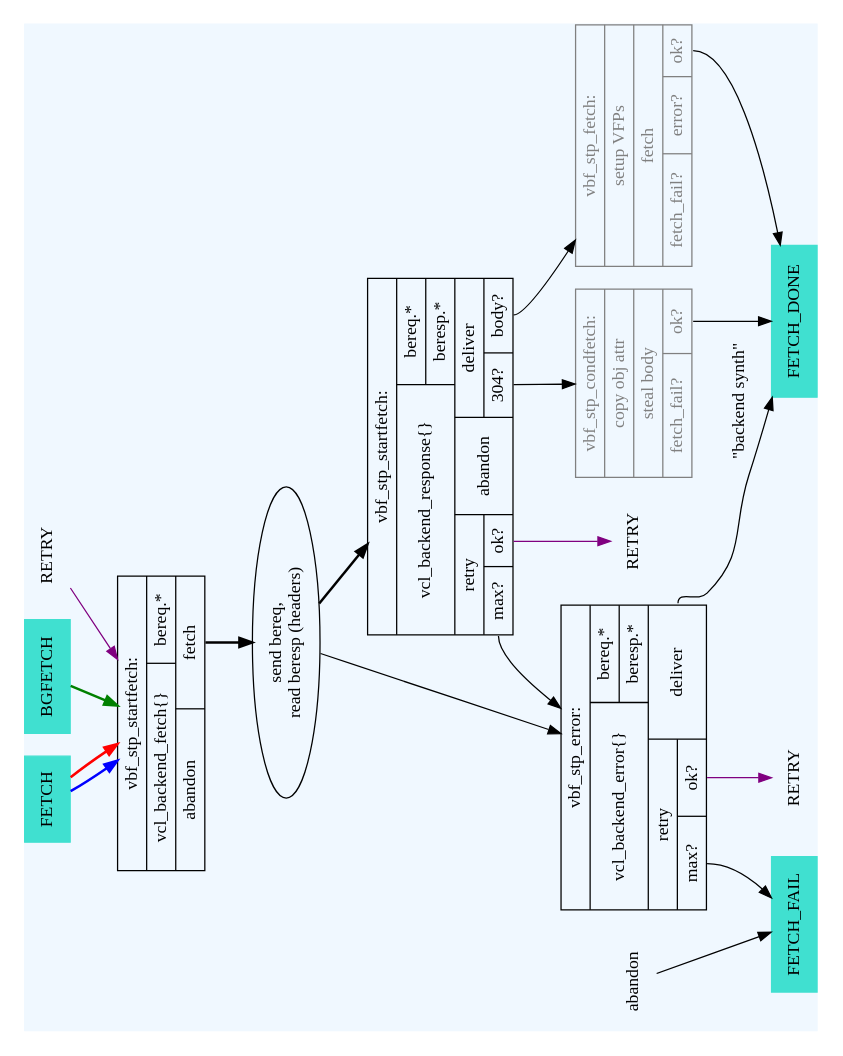
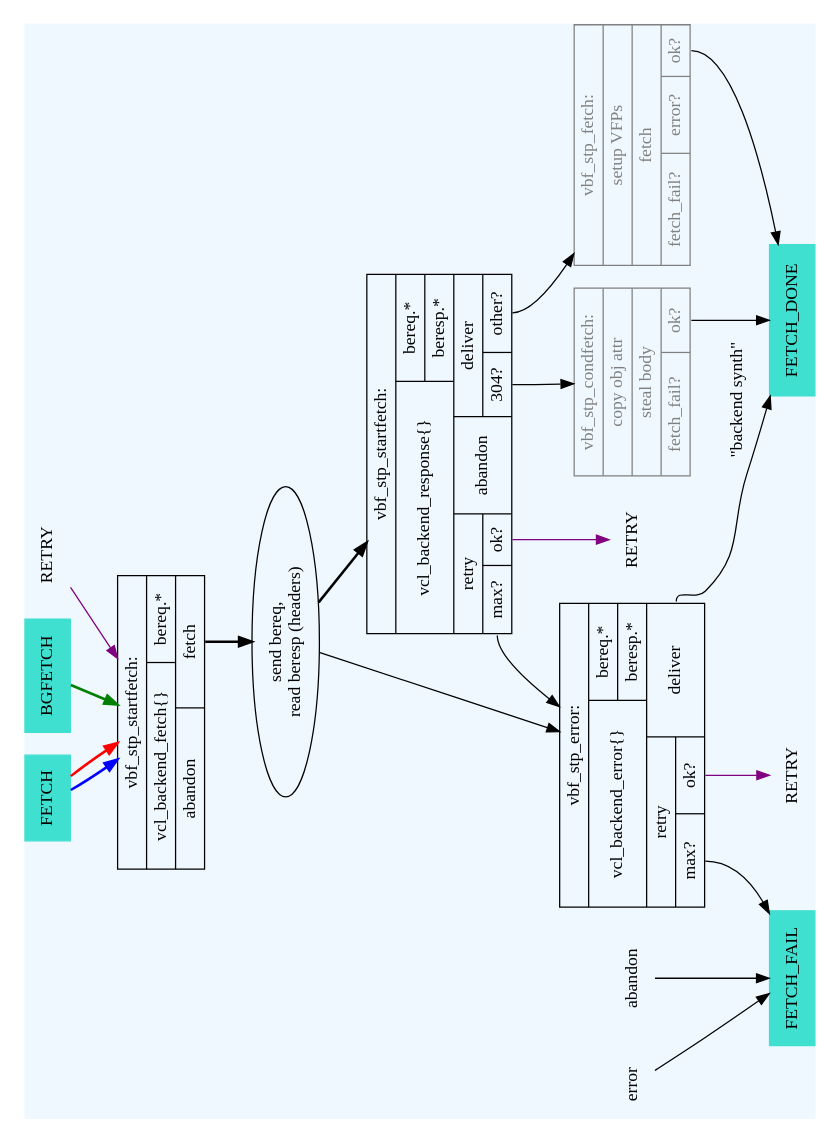
Before and after one commit to varnishcache/varnish-cache: the diagram in doc/graphviz/cache_fetch.dot, drawn with Graphviz.

Commit message:
better names, add error node for backend

```diff
--- a/doc/graphviz/cache_fetch.dot
+++ b/doc/graphviz/cache_fetch.dot
@@ -1,106 +1,109 @@
 digraph cache_fetch {
 	margin="0.5"
 	center="1"
 	rotate=90
 
 	/*** cache_fetch.c ***/
 	subgraph cluster_backend {
 		style=filled
 		color=aliceblue
 		RETRY [shape=plaintext]
 		v_b_f_BGFETCH [label="BGFETCH",
 			       shape=box,
 			       style=filled,
 			       color=turquoise]
 		v_b_f_FETCH [label="FETCH",
 			       shape=box,
 			       style=filled,
 			       color=turquoise]
 		v_b_f_BGFETCH -> v_b_f [style=bold,color=green]
 		v_b_f_FETCH -> v_b_f [style=bold,color=blue]
 		v_b_f_FETCH -> v_b_f [style=bold,color=red]
 		RETRY -> v_b_f [color=purple]
 		/* vbf_stp_startfetch() */
 		v_b_f [
 			    shape=record
 			    label="
 			    {vbf_stp_startfetch:|
 				    {vcl_backend_fetch\{\}|bereq.*}|
 				    {abandon|
 					    <fetch>fetch}}"
 		]
 		v_b_f:fetch:s -> v_b_hdrs [style=bold]
 		v_b_hdrs [ label="send bereq,\nread beresp (headers)"]
 		v_b_hdrs -> v_b_r [style=bold]
 		v_b_hdrs -> v_b_e
 		v_b_r [
 			    shape=record
 			    label="
 			    {vbf_stp_startfetch:|
 				    {vcl_backend_response\{\}|{
 					    bereq.*|beresp.*}}|
 				    {{retry|{<max>max?|<retry>ok?}}|
 				    abandon|
 				    {deliver|{<fetch_304>304?|
-					    <fetch_body>body?}}}}"
+					    <non_304>other?}}}}"
 		]
 		v_b_r:retry -> v_b_r_retry [color=purple]
 		v_b_r:max -> v_b_e
 		v_b_r:fetch_304:s -> vbf_stp_condfetch
-		v_b_r:fetch_body:s -> vbf_stp_fetch
+		v_b_r:non_304:s -> vbf_stp_fetch
 
 		v_b_r_retry [label="RETRY",shape=plaintext]
 
 		vbf_stp_fetch [
 			       shape=record
 			       fontcolor=grey
 			       color=grey
 			       label="
 			       {vbf_stp_fetch:|
 				       setup VFPs|
 				       <fetch>fetch|
 				       {fetch_fail?|error?|<ok>ok?}}"
 				       ]
 		vbf_stp_fetch:ok:s -> FETCH_DONE
 
 		vbf_stp_condfetch [
 			       shape=record
 			       fontcolor=grey
 			       color=grey
 			       label="
 			       {vbf_stp_condfetch:|
 				       copy obj attr|
 				       steal body|
 				       {fetch_fail?|<ok>ok?}}"
 
 		]
 		vbf_stp_condfetch:ok:s -> FETCH_DONE
+
+		error [shape=plaintext]
+		error -> FETCH_FAIL
 
 		/* vbf_stp_error */
 		v_b_e [
 			    shape=record
 			    label="
 			    {vbf_stp_error:|
 				    {vcl_backend_error\{\}|{
 					    bereq.*|beresp.*}}|
 				    {{retry|{<max>max?|<retry>ok?}}|
 				    <deliver>deliver}}}"
 				    ]
 		// v_b_e:deliver aka "backend synth" - goes into cache
 		v_b_e:deliver -> FETCH_DONE [label="\"backend synth\""]
 		v_b_e:retry -> v_b_e_retry [color=purple]
 		v_b_e_retry [label="RETRY",shape=plaintext]
 		v_b_e:max:s -> FETCH_FAIL
 
 		v_b_e_retry [label="RETRY",shape=plaintext]
 
 		FETCH_DONE [label="FETCH_DONE",
 			    shape=box,style=filled,color=turquoise]
 
 		abandon [shape=plaintext]
 		abandon -> FETCH_FAIL
 		// F_STP_FAIL
 		FETCH_FAIL [label="FETCH_FAIL",
 			    shape=box,style=filled,color=turquoise]
 	}
 }
```
